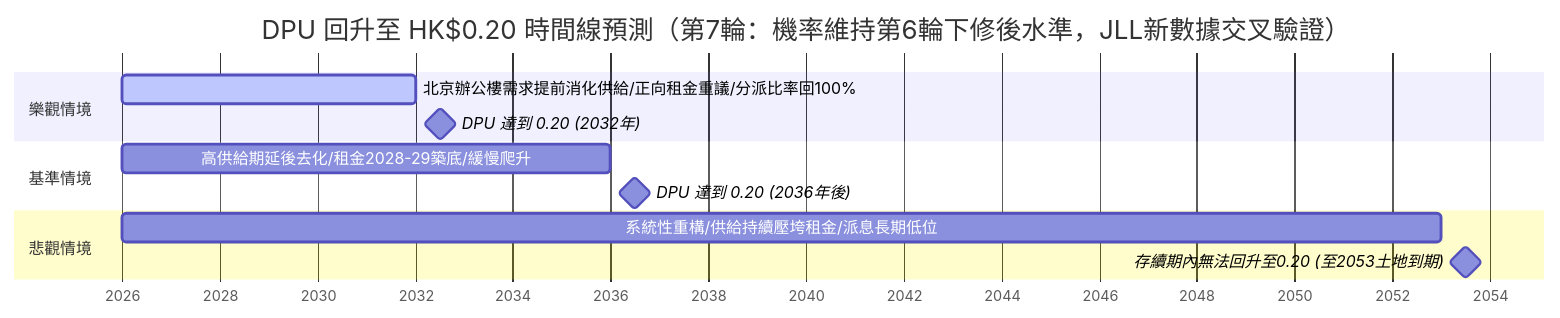
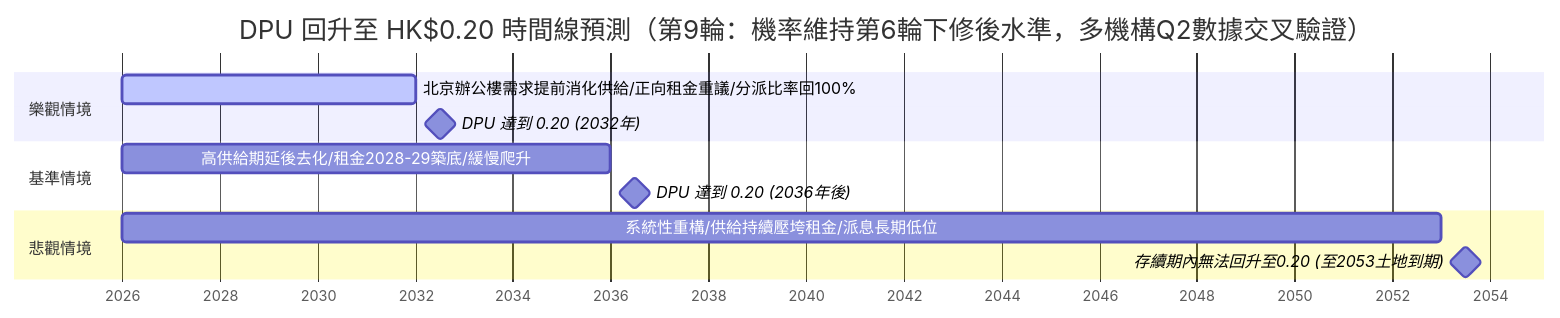
The diagram in 01426春泉Reit/hourAnalysisResult.md (a9303001/FinancialReport), drawn with Mermaid before and after one commit. The commit also changed other lines of this file, not shown here.

````diff
--- a/01426春泉Reit/hourAnalysisResult.md
+++ b/01426春泉Reit/hourAnalysisResult.md
@@ -101,18 +105,18 @@
 ```mermaid
 gantt
-    title DPU 回升至 HK$0.20 時間線預測（第7輪：機率維持第6輪下修後水準，JLL新數據交叉驗證）
+    title DPU 回升至 HK$0.20 時間線預測（第9輪：機率維持第6輪下修後水準，多機構Q2數據交叉驗證）
     dateFormat  YYYY
     axisFormat %Y
 
     section 樂觀情境
     北京辦公樓需求提前消化供給/正向租金重議/分派比率回100% : active, 2026, 2032
     DPU 達到 0.20 (2032年) : milestone, 2032, 1y
 
     section 基準情境
     高供給期延後去化/租金2028-29築底/緩慢爬升 : 2026, 2036
     DPU 達到 0.20 (2036年後) : milestone, 2036, 1y
 
     section 悲觀情境
     系統性重構/供給持續壓垮租金/派息長期低位 : 2026, 2053
     存續期內無法回升至0.20 (至2053土地到期) : milestone, 2053, 1y
 ```
````
